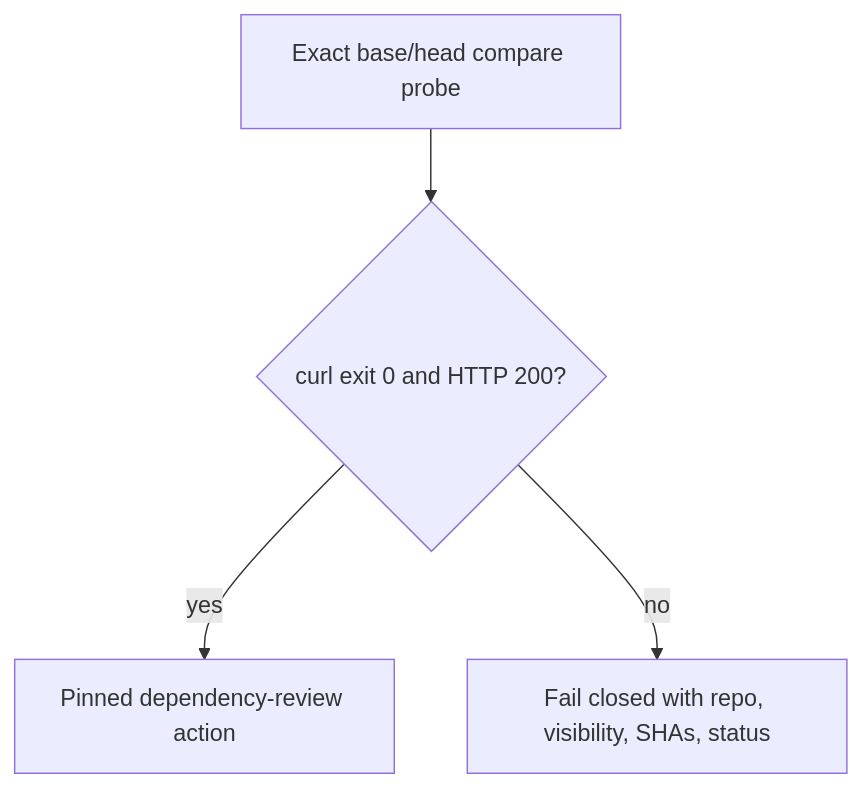
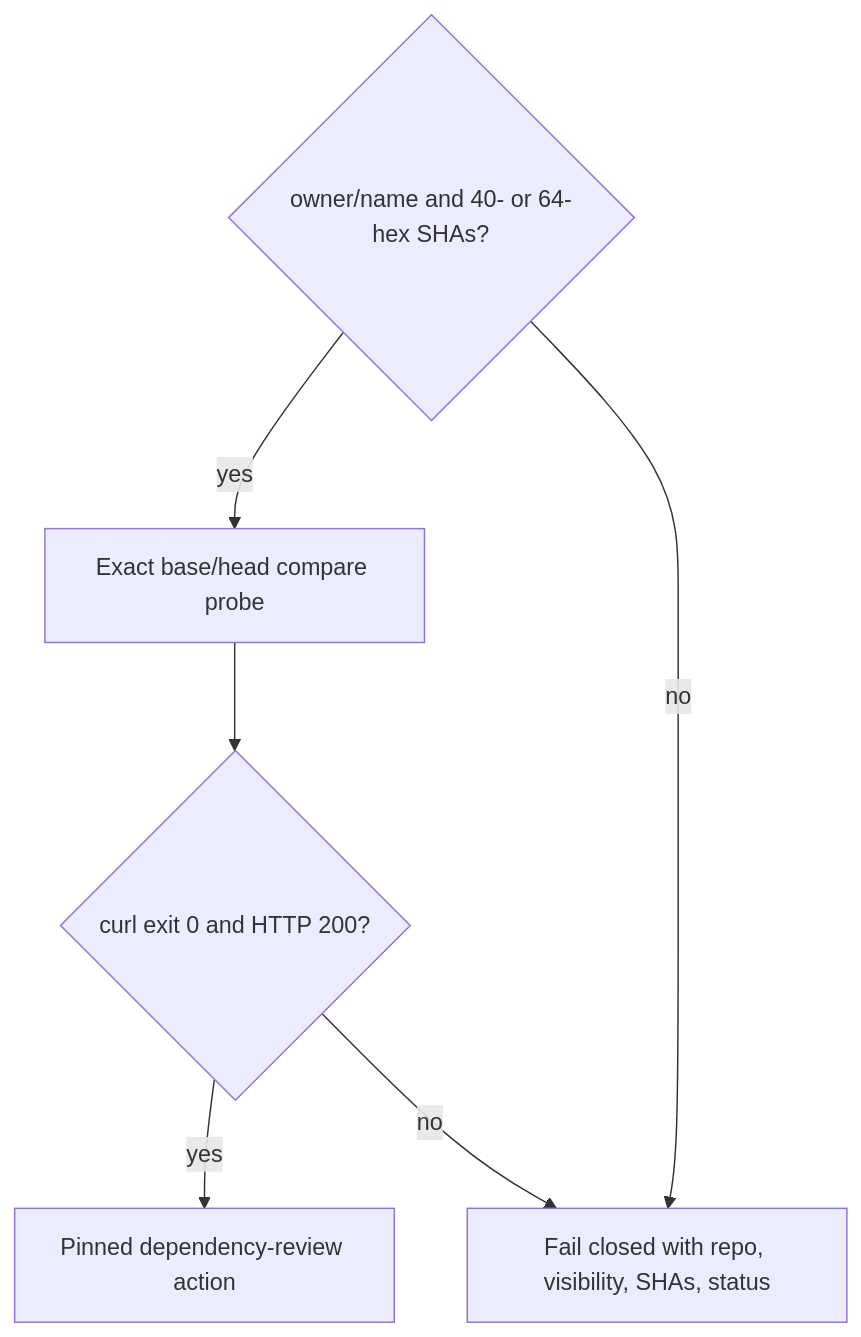
Before and after one commit to ContextualWisdomLab/.github: the fourth of 4 diagrams in ARCHITECTURE.md, drawn with Mermaid. The commit also changed other lines of this file and 4 other files, not shown here.

````diff
--- a/ARCHITECTURE.md
+++ b/ARCHITECTURE.md
@@ -116,11 +119,14 @@
 ```mermaid
 flowchart TD
+  Identity{"owner/name and 40- or 64-hex SHAs?"}
   Probe["Exact base/head compare probe"]
   Transport{"curl exit 0 and HTTP 200?"}
   Action["Pinned dependency-review action"]
   Fail["Fail closed with repo, visibility, SHAs, status"]
 
+  Identity -->|"yes"| Probe
+  Identity -->|"no"| Fail
   Probe --> Transport
   Transport -->|"yes"| Action
   Transport -->|"no"| Fail
 ```
````
